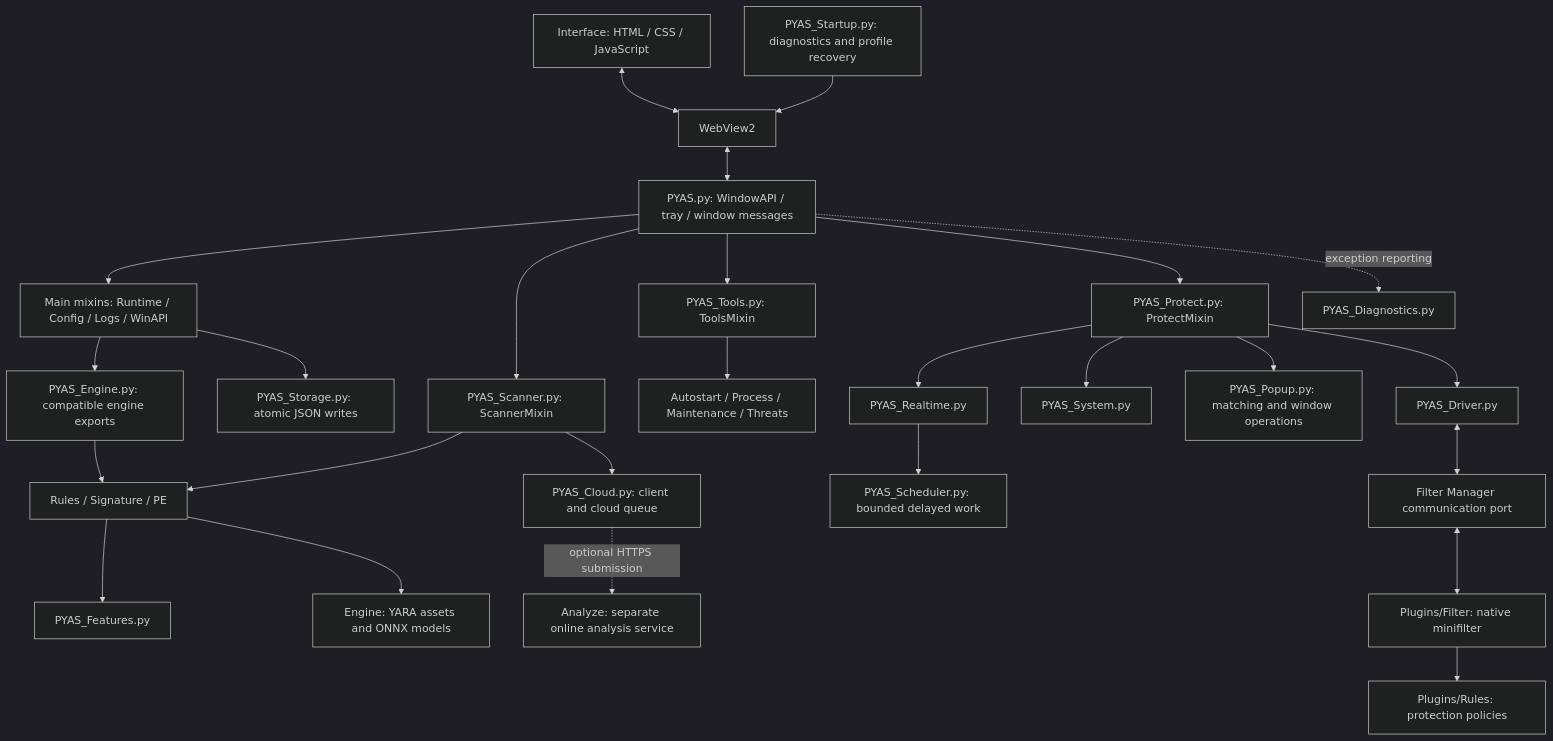
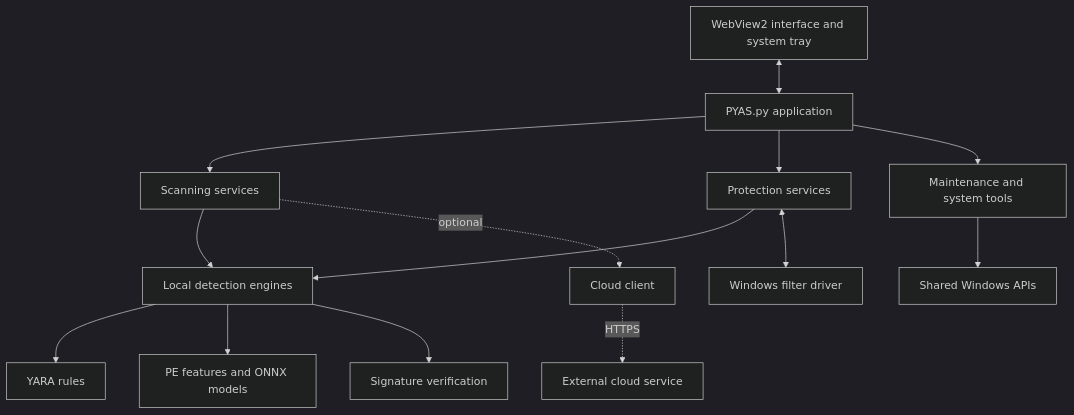
One commit to 87owo/PYAS changed the diagram in README.md. Above: the diagram before and after it, drawn with Mermaid (dark theme). The commit also changed other lines of this file, not shown here.

````diff
--- a/README.md
+++ b/README.md
@@ -84,31 +59,16 @@
 ```mermaid
 flowchart TB
-    UI[Interface: HTML / CSS / JavaScript] <--> WV[WebView2]
-    WV <--> CORE[PYAS.py: WindowAPI / tray / window messages]
-    START[PYAS_Startup.py: diagnostics and profile recovery] --> WV
-    CORE --> MAIN[Main mixins: Runtime / Config / Logs / WinAPI]
-    CORE --> SCAN[PYAS_Scanner.py: ScannerMixin]
-    CORE --> TOOLS[PYAS_Tools.py: ToolsMixin]
-    CORE --> PROTECT[PYAS_Protect.py: ProtectMixin]
-
-    MAIN --> ENGINE[PYAS_Engine.py: compatible engine exports]
-    SCAN --> LOCAL[Rules / Signature / PE]
-    ENGINE --> LOCAL
-    LOCAL --> FEATURES[PYAS_Features.py]
-    LOCAL --> ASSETS[Engine: YARA assets and ONNX models]
-    SCAN --> CLOUD[PYAS_Cloud.py: client and cloud queue]
-    CLOUD -. optional HTTPS submission .-> ONLINE[Analyze: separate online analysis service]
-
-    TOOLS --> UTIL[Autostart / Process / Maintenance / Threats]
-    PROTECT --> RT[PYAS_Realtime.py]
-    PROTECT --> SYS[PYAS_System.py]
-    PROTECT --> POP[PYAS_Popup.py: matching and window operations]
-    PROTECT --> DRIVER[PYAS_Driver.py]
-    RT --> SCHED[PYAS_Scheduler.py: bounded delayed work]
-    DRIVER <--> PORT[Filter Manager communication port]
-    PORT <--> KERNEL[Plugins/Filter: native minifilter]
-    KERNEL --> POLICY[Plugins/Rules: protection policies]
-
-    MAIN --> STORE[PYAS_Storage.py: atomic JSON writes]
-    CORE -. exception reporting .-> DIAG[PYAS_Diagnostics.py]
+    UI[WebView2 interface and system tray] <--> APP[PYAS.py application]
+    APP --> SCAN[Scanning services]
+    APP --> PROTECT[Protection services]
+    APP --> TOOLS[Maintenance and system tools]
+    SCAN --> ENGINE[Local detection engines]
+    PROTECT --> ENGINE
+    ENGINE --> YARA[YARA rules]
+    ENGINE --> PE[PE features and ONNX models]
+    ENGINE --> SIGN[Signature verification]
+    PROTECT <--> DRIVER[Windows filter driver]
+    TOOLS --> WIN[Shared Windows APIs]
+    SCAN -. optional .-> CLIENT[Cloud client]
+    CLIENT -. HTTPS .-> SERVICE[External cloud service]
 ```
````
